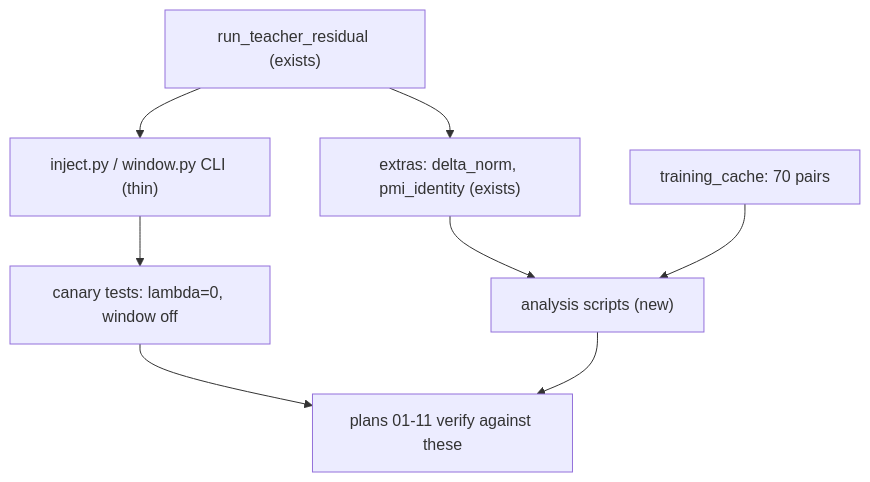
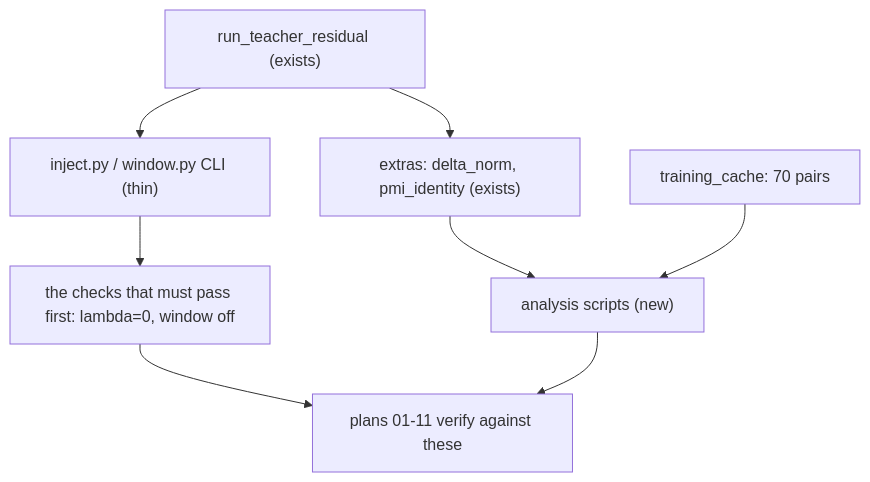
The diagram in plans/03-does-the-correction-cause-composition/plans/instrument-01-build-the-measuring-scripts.md (mo-rsa24/poe_repair_min), drawn with Mermaid before and after one commit. The commit also changed other lines of this file and 37 other files, not shown here.

````diff
--- a/plans/03-does-the-correction-cause-composition/plans/instrument-01-build-the-measuring-scripts.md
+++ b/plans/03-does-the-correction-cause-composition/plans/instrument-01-build-the-measuring-scripts.md
@@ -71,10 +71,10 @@
 ```mermaid
 flowchart TD
     S["run_teacher_residual (exists)"] --> W["inject.py / window.py CLI (thin)"]
     S --> E["extras: delta_norm, pmi_identity (exists)"]
-    W --> T["canary tests: lambda=0, window off"]
+    W --> T["the checks that must pass first: lambda=0, window off"]
     E --> A["analysis scripts (new)"]
     C["training_cache: 70 pairs"] --> A
     T --> P["plans 01-11 verify against these"]
     A --> P
 ```
````
